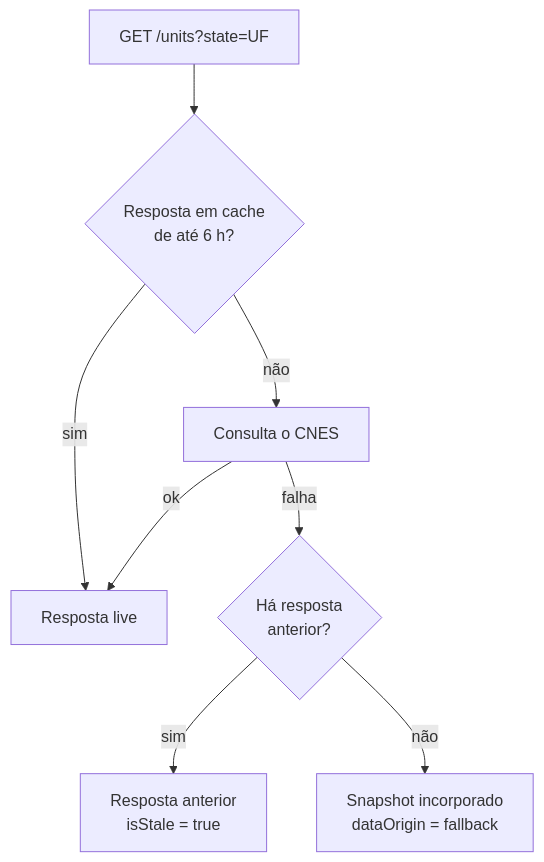
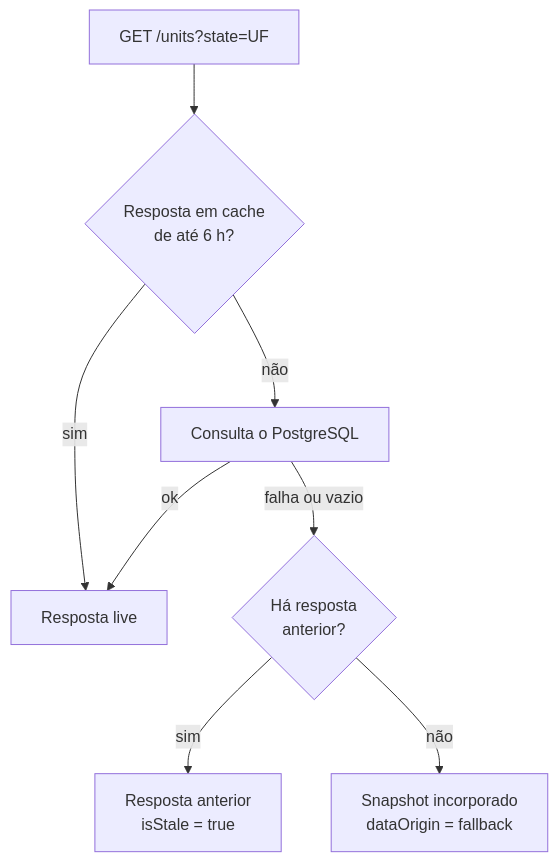
One commit to PJIEixoComputacaoUnivesp/FilaSaude changed the second of 3 diagrams in README.md. Above: the diagram before and after it, drawn with Mermaid. The commit also changed other lines of this file and 2 other files, not shown here.

````diff
--- a/README.md
+++ b/README.md
@@ -115,10 +116,10 @@
 ```mermaid
 flowchart TD
   req["GET /units?state=UF"] --> cache{"Resposta em cache<br/>de até 6 h?"}
   cache -->|"sim"| live["Resposta live"]
-  cache -->|"não"| cnes["Consulta o CNES"]
-  cnes -->|"ok"| live
-  cnes -->|"falha"| prev{"Há resposta<br/>anterior?"}
+  cache -->|"não"| dbq["Consulta o PostgreSQL"]
+  dbq -->|"ok"| live
+  dbq -->|"falha ou vazio"| prev{"Há resposta<br/>anterior?"}
   prev -->|"sim"| stale["Resposta anterior<br/>isStale = true"]
   prev -->|"não"| snap["Snapshot incorporado<br/>dataOrigin = fallback"]
 ```
````
